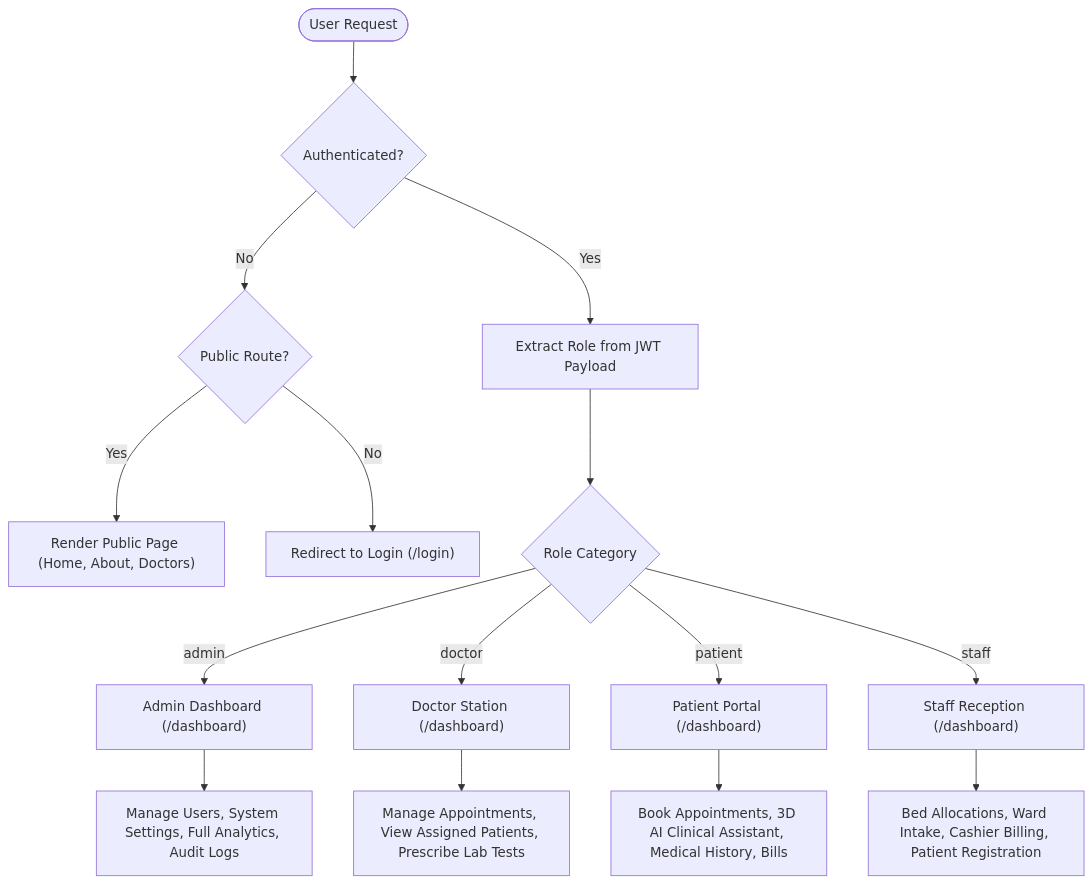
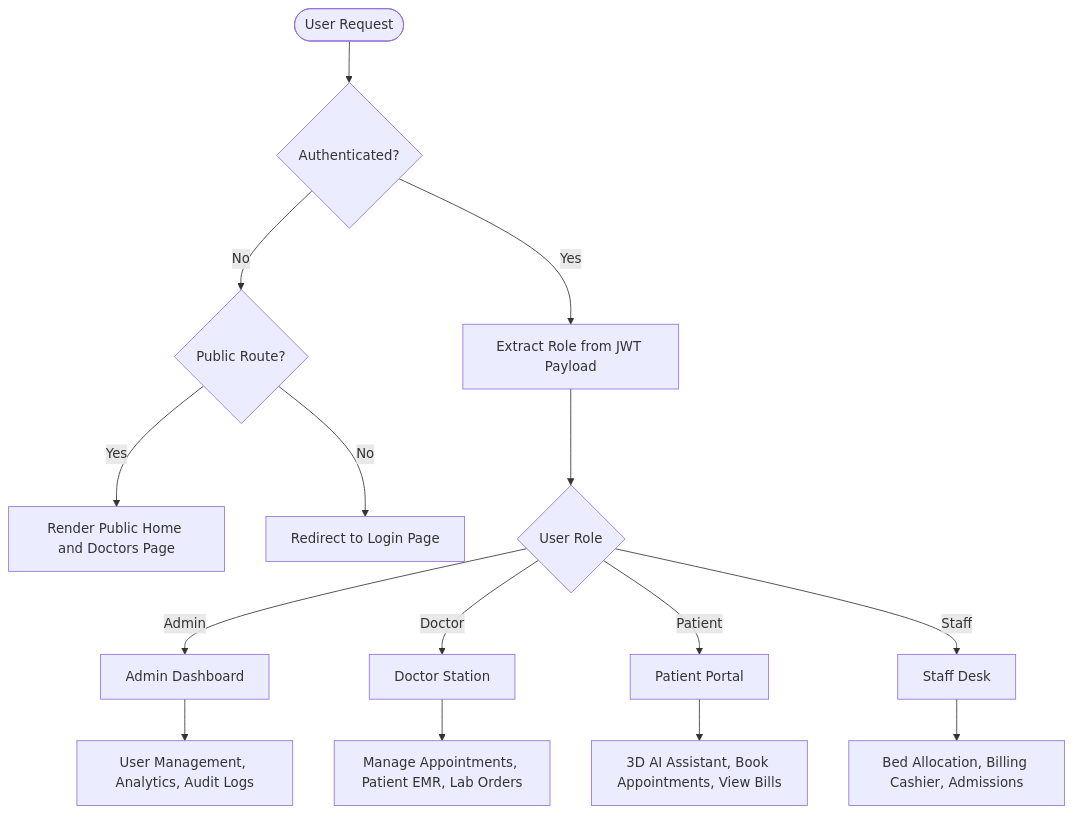
The fourth of 7 diagrams in README.md (ThummarDarshan/HMS_AI), drawn with Mermaid before and after one commit. The commit also changed other lines of this file, not shown here.

Commit message:
fix(docs): resolve GitHub Mermaid rendering errors by fixing subgraph connections, critical blocks, and ER pipe characters

````diff
--- a/README.md
+++ b/README.md
@@ -288,24 +289,23 @@
 ```mermaid
 flowchart TD
-    Start(["User Request"]) --> Auth{"Authenticated?"}
+    Start([User Request]) --> Auth{Authenticated?}
     
-    Auth -- No --> CheckPublic{"Public Route?"}
-    CheckPublic -- Yes --> AllowPublic["Render Public Page (Home, About, Doctors)"]
-    CheckPublic -- No --> Login["Redirect to Login (/login)"]
+    Auth -->|No| CheckPublic{Public Route?}
+    CheckPublic -->|Yes| AllowPublic[Render Public Home and Doctors Page]
+    CheckPublic -->|No| Login[Redirect to Login Page]
     
-    Auth -- Yes --> ExtractRole["Extract Role from JWT Payload"]
+    Auth -->|Yes| ExtractRole[Extract Role from JWT Payload]
+    ExtractRole --> RoleBranch{User Role}
     
-    ExtractRole --> RoleBranch{"Role Category"}
+    RoleBranch -->|Admin| AdminArea[Admin Dashboard]
+    AdminArea --> AdminCaps[User Management, Analytics, Audit Logs]
     
-    RoleBranch -- "admin" --> AdminArea["Admin Dashboard (/dashboard)"]
-    AdminArea --> AdminCaps["Manage Users, System Settings, Full Analytics, Audit Logs"]
+    RoleBranch -->|Doctor| DocArea[Doctor Station]
+    DocArea --> DocCaps[Manage Appointments, Patient EMR, Lab Orders]
     
-    RoleBranch -- "doctor" --> DocArea["Doctor Station (/dashboard)"]
-    DocArea --> DocCaps["Manage Appointments, View Assigned Patients, Prescribe Lab Tests"]
+    RoleBranch -->|Patient| PatArea[Patient Portal]
+    PatArea --> PatCaps[3D AI Assistant, Book Appointments, View Bills]
     
-    RoleBranch -- "patient" --> PatArea["Patient Portal (/dashboard)"]
-    PatArea --> PatCaps["Book Appointments, 3D AI Clinical Assistant, Medical History, Bills"]
-    
-    RoleBranch -- "staff" --> StaffArea["Staff Reception (/dashboard)"]
-    StaffArea --> StaffCaps["Bed Allocations, Ward Intake, Cashier Billing, Patient Registration"]
+    RoleBranch -->|Staff| StaffArea[Staff Desk]
+    StaffArea --> StaffCaps[Bed Allocation, Billing Cashier, Admissions]
 ```
````
